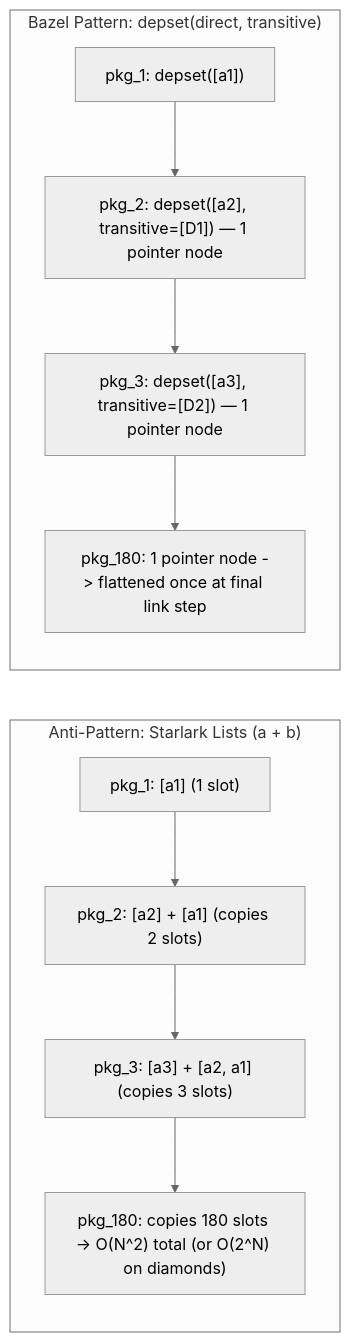
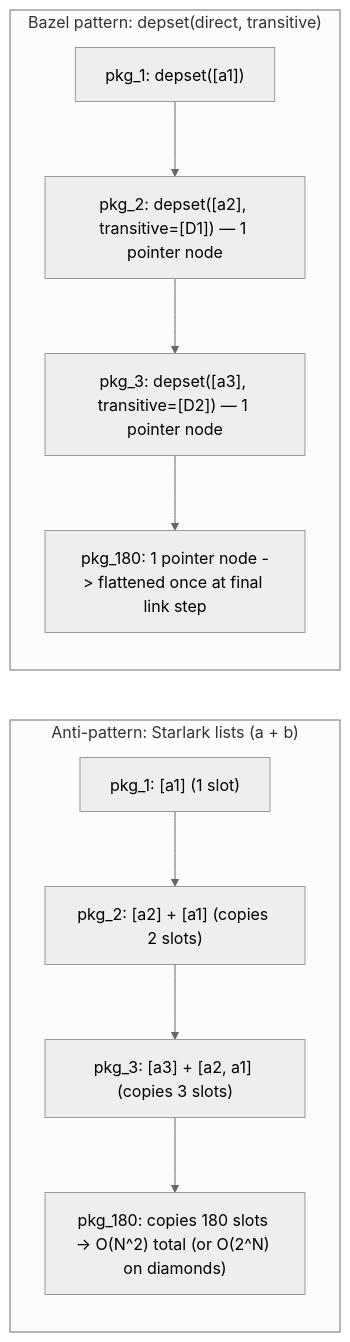
Before and after one commit to kaycebasques/hs: the third of 4 diagrams in docs/content/internals/bazel-rules-primer.md, drawn with Mermaid (neutral theme). The commit also changed other lines of this file and 33 other files, not shown here.

````diff
--- a/docs/content/internals/bazel-rules-primer.md
+++ b/docs/content/internals/bazel-rules-primer.md
@@ -385,14 +374,14 @@
 ```mermaid
 flowchart LR
-    subgraph Bad["Anti-Pattern: Starlark Lists (a + b)"]
+    subgraph Bad["Anti-pattern: Starlark lists (a + b)"]
         L1["pkg_1: [a1] (1 slot)"] --> L2["pkg_2: [a2] + [a1] (copies 2 slots)"]
         L2 --> L3["pkg_3: [a3] + [a2, a1] (copies 3 slots)"]
         L3 --> LN["pkg_180: copies 180 slots -> O(N^2) total (or O(2^N) on diamonds)"]
     end
 
-    subgraph Good["Bazel Pattern: depset(direct, transitive)"]
+    subgraph Good["Bazel pattern: depset(direct, transitive)"]
         D1["pkg_1: depset([a1])"] --> D2["pkg_2: depset([a2], transitive=[D1]) — 1 pointer node"]
         D2 --> D3["pkg_3: depset([a3], transitive=[D2]) — 1 pointer node"]
         D3 --> DN["pkg_180: 1 pointer node -> flattened once at final link step"]
     end
 ```
````
